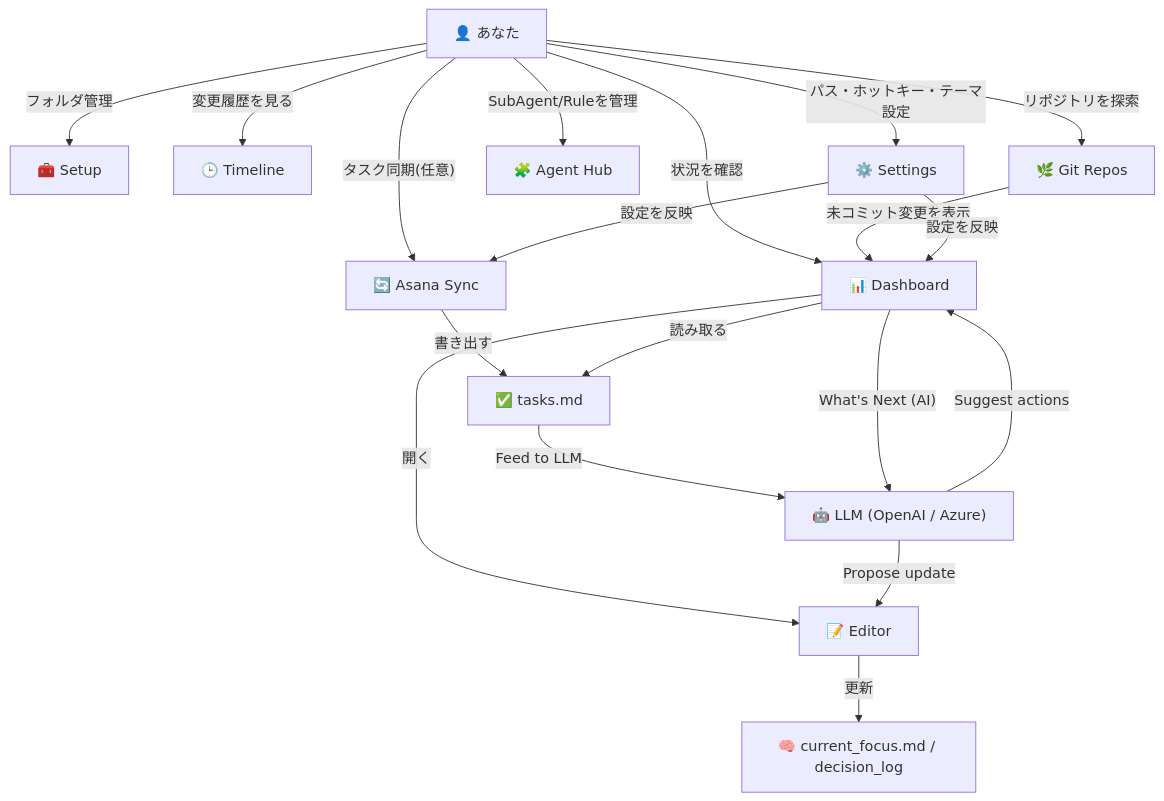
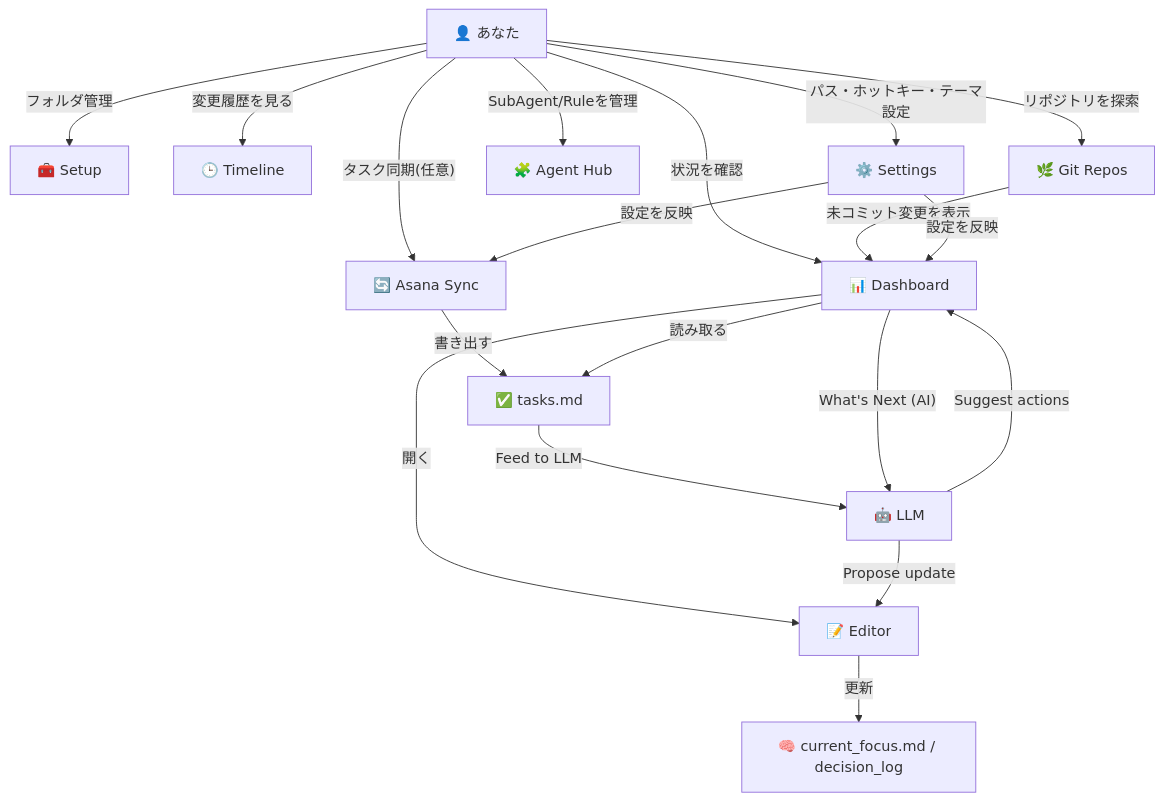
Before and after one commit to yt3trees/ProjectCurator: the second of 2 diagrams in docs/daily-workflow-ja.md, drawn with Mermaid. The commit also changed 3 other files, not shown here.

````diff
--- a/docs/daily-workflow-ja.md
+++ b/docs/daily-workflow-ja.md
@@ -53,24 +53,24 @@
 ```mermaid
 flowchart TD
     U["👤 あなた"] -->|"状況を確認"| DB["📊 Dashboard"]
     DB -->|"開く"| ED["📝 Editor"]
     ED -->|"更新"| CTX["🧠 current_focus.md / decision_log"]
 
     U -->|"タスク同期(任意)"| AS["🔄 Asana Sync"]
     AS -->|"書き出す"| TASKS["✅ tasks.md"]
     DB -->|"読み取る"| TASKS
-    TASKS -->|"Feed to LLM"| LLM["🤖 LLM (OpenAI / Azure)"]
+    TASKS -->|"Feed to LLM"| LLM["🤖 LLM"]
     DB -->|"What's Next (AI)"| LLM
     LLM -->|"Propose update"| ED
     LLM -->|"Suggest actions"| DB
 
     U -->|"フォルダ管理"| SU["🧰 Setup"]
     U -->|"変更履歴を見る"| TL["🕒 Timeline"]
     U -->|"リポジトリを探索"| GR["🌿 Git Repos"]
     U -->|"SubAgent/Ruleを管理"| AH["🧩 Agent Hub"]
     U -->|"パス・ホットキー・テーマ設定"| ST["⚙️ Settings"]
 
     GR -->|"未コミット変更を表示"| DB
     ST -->|"設定を反映"| DB
     ST -->|"設定を反映"| AS
 ```
````
